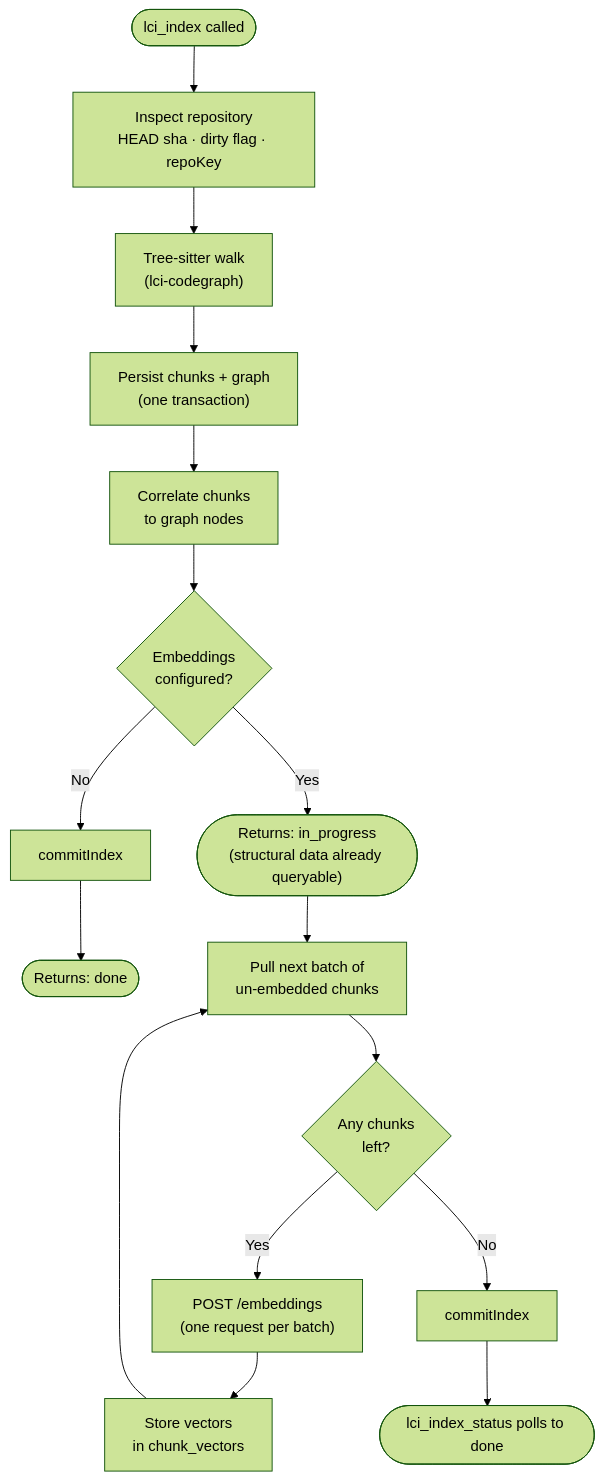
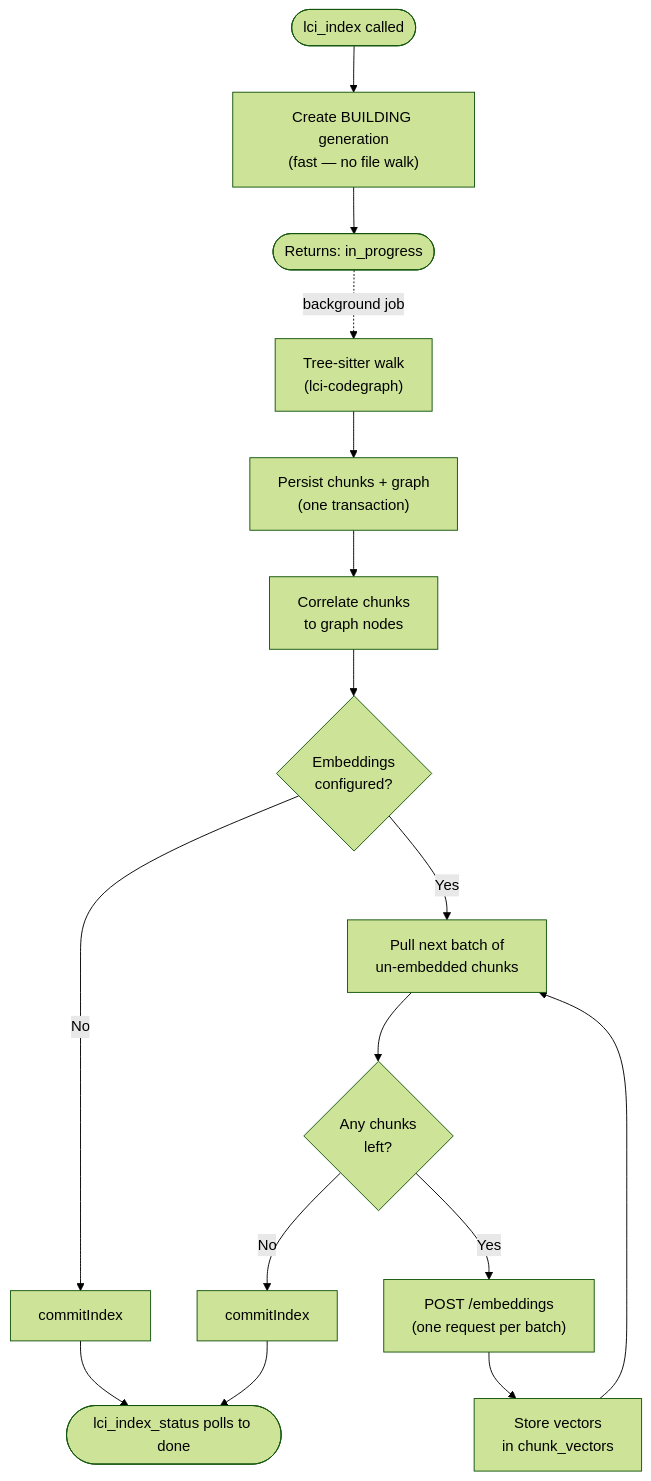
Before and after one commit to ADORSYS-GIS/lci-mcp: the second of 2 diagrams in README.md, drawn with Mermaid (forest theme). The commit also changed other lines of this file and 6 other files, not shown here.

First line of the commit message:
feat: run structural extraction in the background too (#12)

````diff
--- a/README.md
+++ b/README.md
@@ -56,20 +56,21 @@
 ```mermaid
 flowchart TD
-    Start(["lci_index called"]) --> Inspect["Inspect repository<br/>HEAD sha · dirty flag · repoKey"]
-    Inspect --> Walk["Tree-sitter walk<br/>(lci-codegraph)"]
+    Start(["lci_index called"]) --> Prepare["Create BUILDING generation<br/>(fast — no file walk)"]
+    Prepare --> ReturnProg(["Returns: in_progress"])
+
+    ReturnProg -.background job.-> Walk["Tree-sitter walk<br/>(lci-codegraph)"]
     Walk --> Persist["Persist chunks + graph<br/>(one transaction)"]
     Persist --> Correlate["Correlate chunks<br/>to graph nodes"]
     Correlate --> HasEmb{"Embeddings<br/>configured?"}
 
     HasEmb -- "No" --> CommitA["commitIndex"]
-    CommitA --> DoneA(["Returns: done"])
-
-    HasEmb -- "Yes" --> ReturnProg(["Returns: in_progress<br/>(structural data already queryable)"])
-    ReturnProg --> Batch["Pull next batch of<br/>un-embedded chunks"]
+    HasEmb -- "Yes" --> Batch["Pull next batch of<br/>un-embedded chunks"]
     Batch --> Empty{"Any chunks<br/>left?"}
     Empty -- "Yes" --> Post["POST /embeddings<br/>(one request per batch)"]
     Post --> Put["Store vectors<br/>in chunk_vectors"]
     Put --> Batch
     Empty -- "No" --> CommitB["commitIndex"]
-    CommitB --> DoneB(["lci_index_status polls to done"])
+
+    CommitA --> Done(["lci_index_status polls to done"])
+    CommitB --> Done
 ```
````
